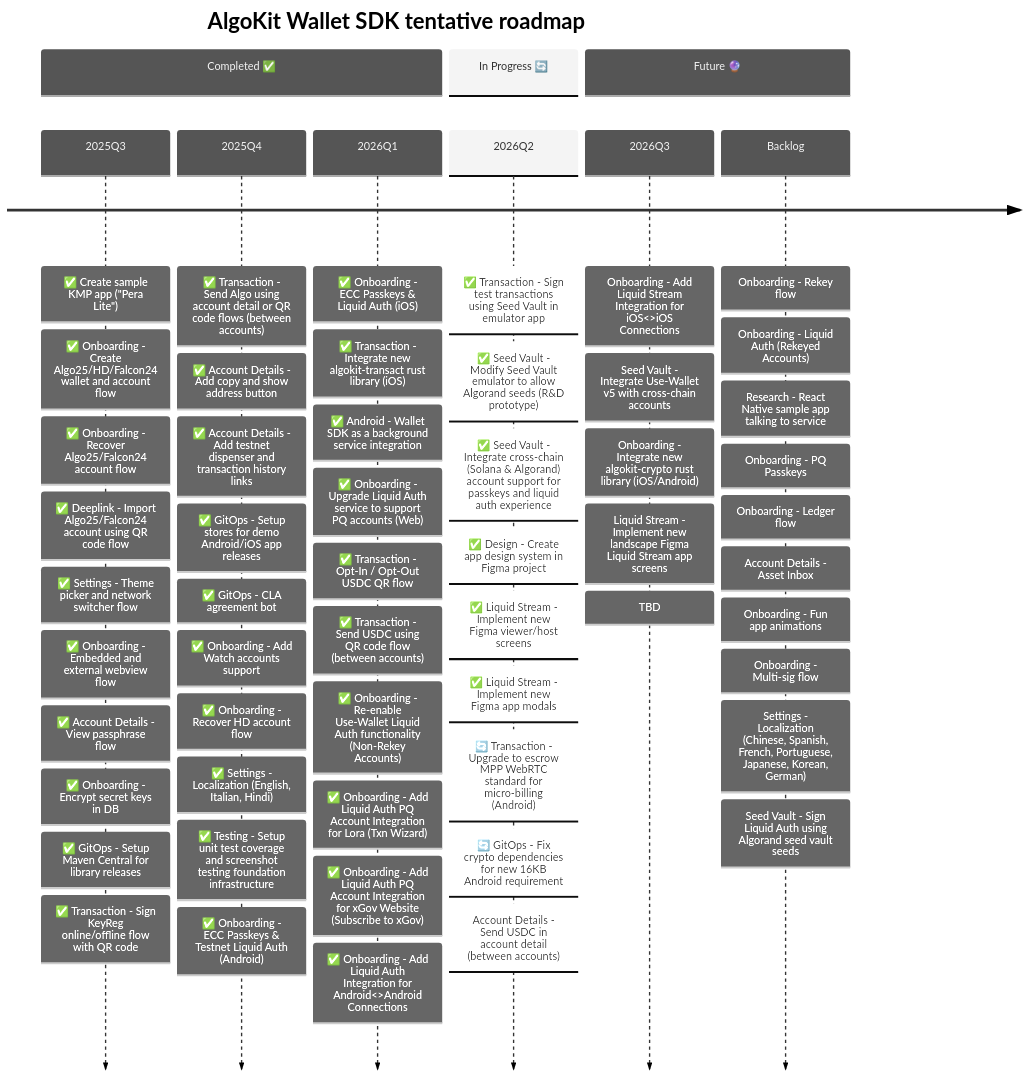
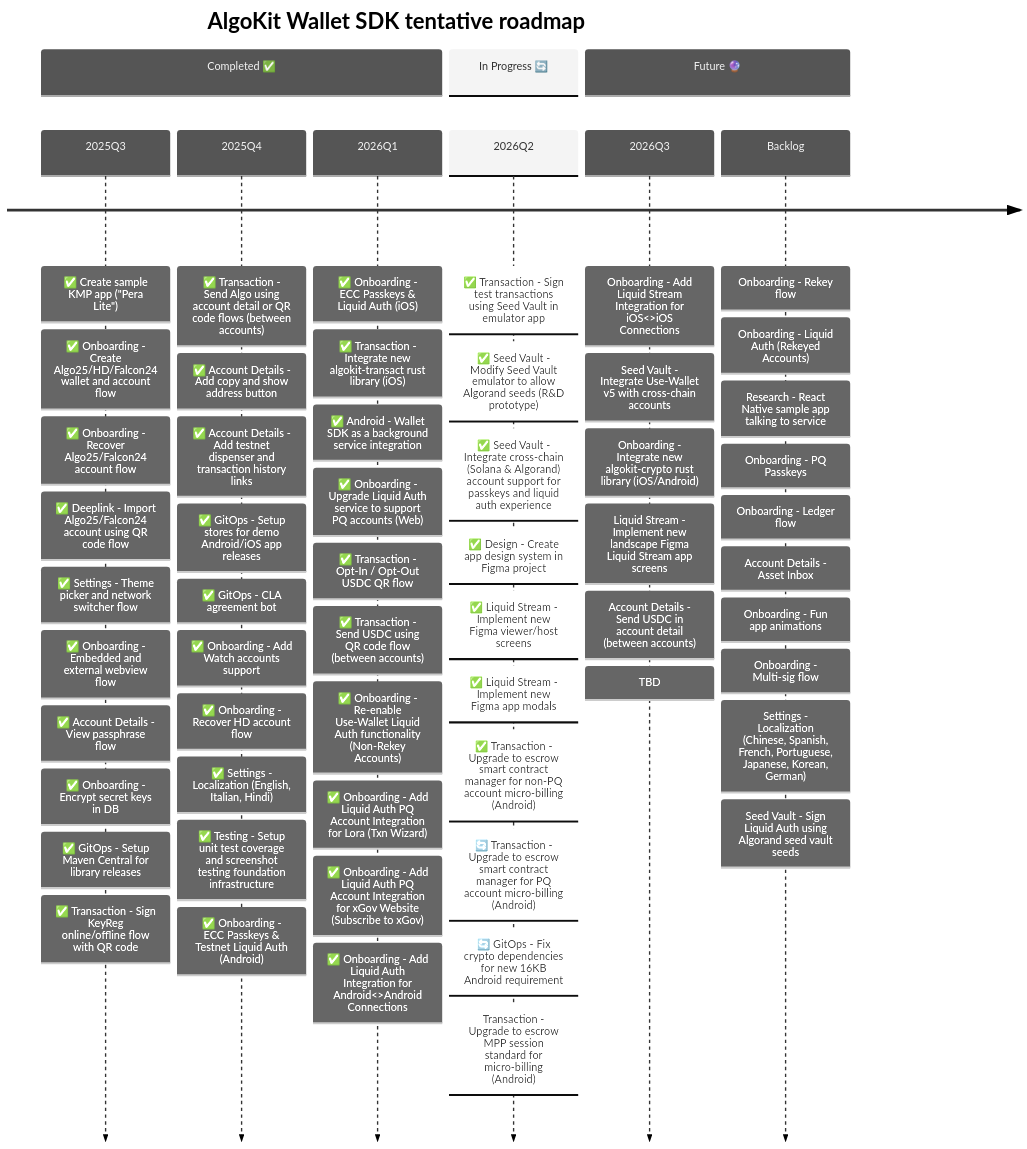
Before and after one commit to michaeltchuangllc/algokit-walletsdk-kmp: the second of 3 diagrams in README.md, drawn with Mermaid. The commit also changed 87 other files, not shown here.

Commit message:
feat: switch to escrow smart contract for session vault (non-PQ accounts)  (#294)

````diff
--- a/README.md
+++ b/README.md
@@ -69,71 +69,73 @@
 ```mermaid
 ---
 config:
   theme: 'neutral'
 ---
 timeline
     title AlgoKit Wallet SDK tentative roadmap
 
     section Completed ✅
     2025Q3  : ✅ Create sample KMP app ("Pera Lite")
             : ✅ Onboarding - Create Algo25/HD/Falcon24 wallet and account flow
             : ✅ Onboarding - Recover Algo25/Falcon24 account flow
             : ✅ Deeplink - Import Algo25/Falcon24 account using QR code flow
             : ✅ Settings - Theme picker and network switcher flow
             : ✅ Onboarding - Embedded and external webview flow
             : ✅ Account Details - View passphrase flow
             : ✅ Onboarding - Encrypt secret keys in DB
             : ✅ GitOps - Setup Maven Central for library releases
             : ✅ Transaction - Sign KeyReg online/offline flow with QR code
 
     2025Q4  : ✅ Transaction - Send Algo using account detail or QR code flows (between accounts)
             : ✅ Account Details - Add copy and show address button
             : ✅ Account Details - Add testnet dispenser and transaction history links
             : ✅ GitOps - Setup stores for demo Android/iOS app releases
             : ✅ GitOps - CLA agreement bot
             : ✅ Onboarding - Add Watch accounts support
             : ✅ Onboarding - Recover HD account flow
             : ✅ Settings - Localization (English, Italian, Hindi)
             : ✅ Testing - Setup unit test coverage and screenshot testing foundation infrastructure
             : ✅ Onboarding - ECC Passkeys & Testnet Liquid Auth (Android)
 
     2026Q1  : ✅ Onboarding - ECC Passkeys & Liquid Auth (iOS)
             : ✅ Transaction - Integrate new algokit-transact rust library (iOS)
             : ✅ Android - Wallet SDK as a background service integration
             : ✅ Onboarding - Upgrade Liquid Auth service to support PQ accounts (Web)
             : ✅ Transaction - Opt-In / Opt-Out USDC QR flow
             : ✅ Transaction - Send USDC using QR code flow (between accounts)
             : ✅ Onboarding - Re-enable Use-Wallet Liquid Auth functionality (Non-Rekey Accounts)
             : ✅ Onboarding - Add Liquid Auth PQ Account Integration for Lora (Txn Wizard)
             : ✅ Onboarding - Add Liquid Auth PQ Account Integration for xGov Website (Subscribe to xGov)
             : ✅ Onboarding - Add Liquid Auth Integration for Android<>Android Connections
 
     section In Progress 🔄
     2026Q2  : ✅ Transaction - Sign test transactions using Seed Vault in emulator app
             : ✅ Seed Vault - Modify Seed Vault emulator to allow Algorand seeds (R&D prototype)
             : ✅ Seed Vault - Integrate cross-chain (Solana & Algorand) account support for passkeys and liquid auth experience
             : ✅ Design - Create app design system in Figma project
             : ✅ Liquid Stream - Implement new Figma viewer/host screens
             : ✅ Liquid Stream - Implement new Figma app modals
-            : 🔄 Transaction - Upgrade to escrow MPP WebRTC standard for micro-billing (Android)
+            : ✅ Transaction - Upgrade to escrow smart contract manager for non-PQ account micro-billing (Android)
+            : 🔄 Transaction - Upgrade to escrow smart contract manager for PQ account micro-billing (Android)
             : 🔄 GitOps - Fix crypto dependencies for new 16KB Android requirement
-            : Account Details - Send USDC in account detail (between accounts)
+            : Transaction - Upgrade to escrow MPP session standard for micro-billing (Android)
             
     section Future 🔮
      2026Q3  : Onboarding - Add Liquid Stream Integration for iOS<>iOS Connections
              : Seed Vault - Integrate Use-Wallet v5 with cross-chain accounts
              : Onboarding - Integrate new algokit-crypto rust library (iOS/Android)
              : Liquid Stream - Implement new landscape Figma Liquid Stream app screens
+             : Account Details - Send USDC in account detail (between accounts)
              : TBD
     Backlog
             : Onboarding - Rekey flow
             : Onboarding - Liquid Auth (Rekeyed Accounts)
             : Research - React Native sample app talking to service
             : Onboarding - PQ Passkeys
             : Onboarding - Ledger flow
             : Account Details - Asset Inbox
             : Onboarding - Fun app animations
             : Onboarding - Multi-sig flow
             : Settings - Localization (Chinese, Spanish, French, Portuguese, Japanese, Korean, German)
             : Seed Vault - Sign Liquid Auth using Algorand seed vault seeds
 ```
````
